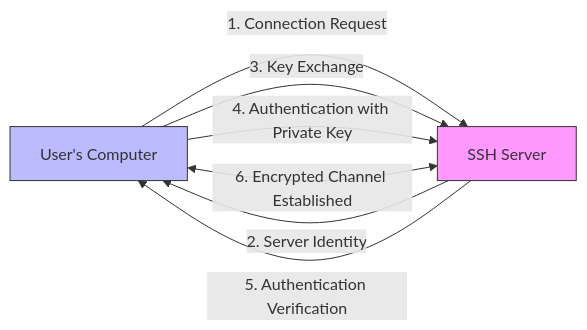
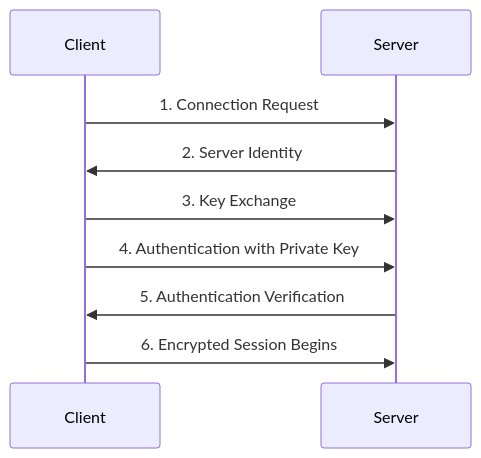
One commit to kaalpanikh/ssh-remote-server-setup changed the first of 8 diagrams in Hashnode_Blog_Post.md. Above: the diagram before and after it, drawn with Mermaid.

Commit message:
fixed mermaid

````diff
--- a/Hashnode_Blog_Post.md
+++ b/Hashnode_Blog_Post.md
@@ -31,12 +31,9 @@
 ```mermaid
-graph LR
-    A[User's Computer] -->|1. Connection Request| B[SSH Server]
-    B -->|2. Server Identity| A
-    A -->|3. Key Exchange| B
-    A -->|4. Authentication with Private Key| B
-    B -->|5. Authentication Verification| A
-    A <-->|6. Encrypted Channel Established| B
-    
-    style A fill:#bbf,stroke:#333
-    style B fill:#f9f,stroke:#333
+sequenceDiagram
+    Client->>Server: 1. Connection Request
+    Server->>Client: 2. Server Identity
+    Client->>Server: 3. Key Exchange
+    Client->>Server: 4. Authentication with Private Key
+    Server->>Client: 5. Authentication Verification
+    Client->>Server: 6. Encrypted Session Begins
 ```
````
